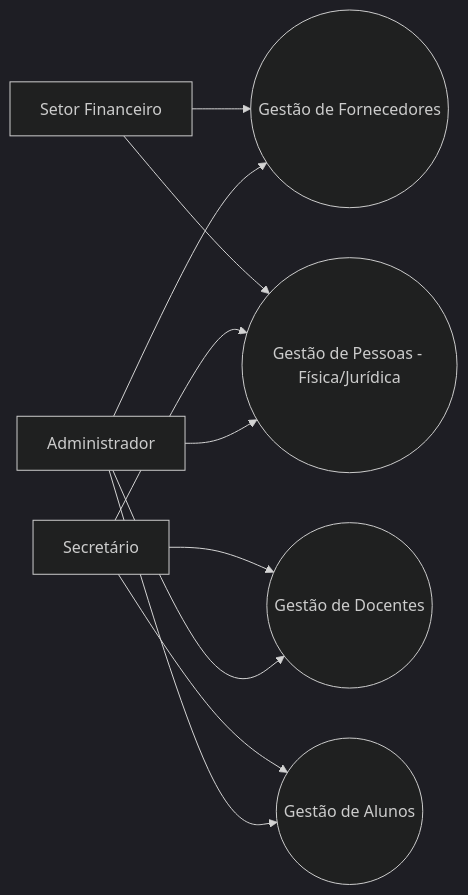
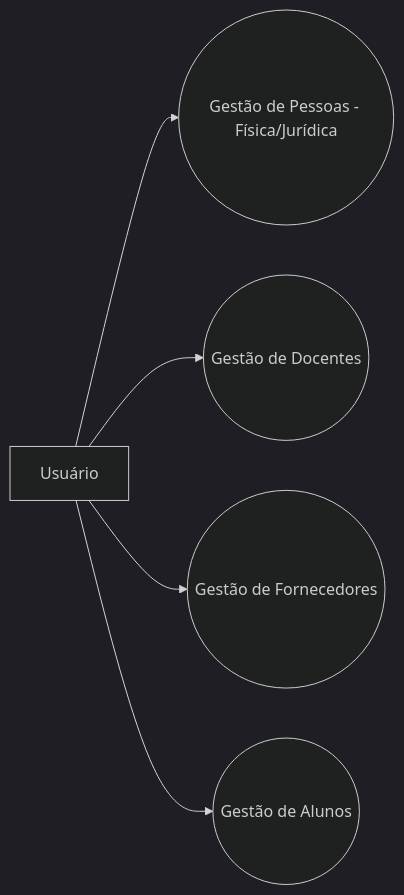
The diagram in README.md (larigit13/caso-de-uso-), drawn with Mermaid (dark theme) before and after one commit.

````diff
--- a/README.md
+++ b/README.md
@@ -1,28 +1,19 @@
 ```mermaid
 flowchart LR
-  %% Atores
-  A[Administrador]
-  S[Secretário]
-  F[Setor Financeiro]
+  %% Ator
+  A[Usuário]
+
 
   %% Casos de uso (nós circulares)
   UC1((Gestão de Pessoas - Física/Jurídica))
   UC2((Gestão de Docentes))
   UC3((Gestão de Fornecedores))
   UC4((Gestão de Alunos))
 
-  %% Ligações - Administrador
+  %% Ligações - Usuário
   A --> UC1
   A --> UC2
   A --> UC3
   A --> UC4
 
-  %% Ligações - Secretário
-  S --> UC1
-  S --> UC2
-  S --> UC4
-
-  %% Ligações - Financeiro
-  F --> UC3
-  F --> UC1
 ```
````
